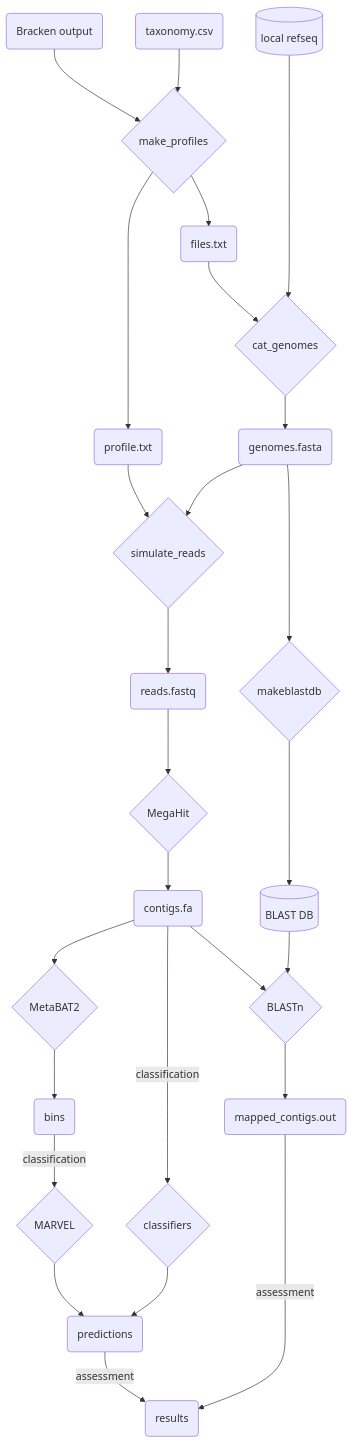
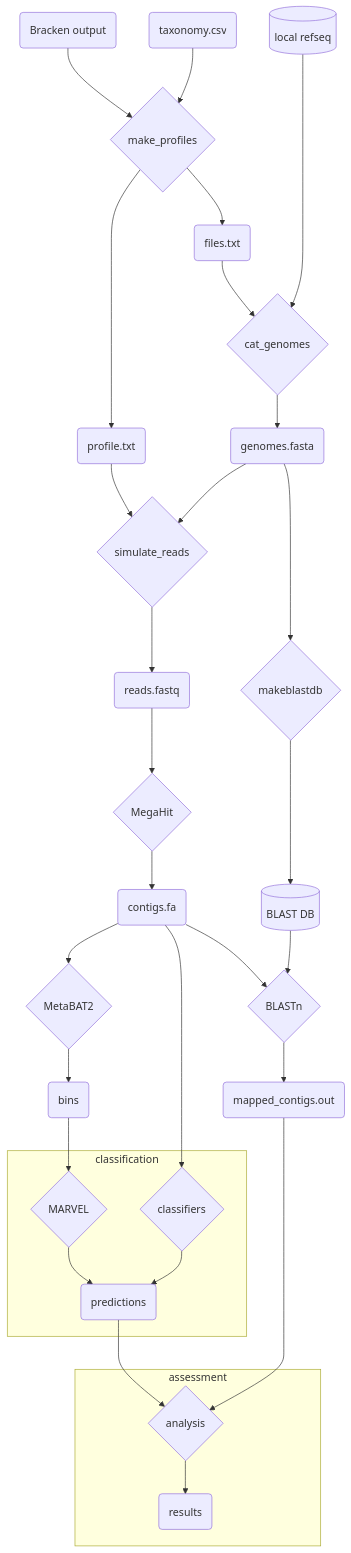
Before and after one commit to hurwitzlab/phage_detection_benchmarks: the diagram in src/simulate_reads/README.md, drawn with Mermaid.

Commit message:
use subgraphs for clarity

````diff
--- a/src/simulate_reads/README.md
+++ b/src/simulate_reads/README.md
@@ -22,31 +22,37 @@
 ```mermaid
 graph TD
     input(Bracken output) --> profiler{make_profiles};
     taxa(taxonomy.csv) --> profiler;
     profiler --> profile(profile.txt);
     profiler --> globs(files.txt);
     refseq[(local refseq)];
     cat{cat_genomes};
     globs --> cat;
     refseq ----> cat;
     cat --> genomes(genomes.fasta);
     iss{simulate_reads};
     profile --> iss;
     genomes --> iss;
     iss --> reads(reads.fastq);
     reads --> megahit{MegaHit};
     megahit --> contigs(contigs.fa);
     contigs --> metabat{MetaBAT2};
-    contigs -- classification ----> tools{classifiers}
+    contigs ----> tools{classifiers}
     metabat --> bins(bins)
     genomes --> dbizer{makeblastdb};
     dbizer ---> db[(BLAST DB)];
     db --> blast{BLASTn};
     contigs --> blast;
     blast --> mappings(mapped_contigs.out);
-    bins -- classification --> marvel{MARVEL};
-    marvel --> preds(predictions);
-    tools --> preds;
-    preds -- assessment --> results(results)
-    mappings -- assessment --> results;
+    mappings --> assess;
+    bins --> marvel{MARVEL};
+    subgraph classification
+        marvel --> preds(predictions);
+        tools --> preds;
+    end
+    subgraph assessment
+        preds --> assess{analysis}
+        assess --> results(results);
+        
+    end
 ```
````
